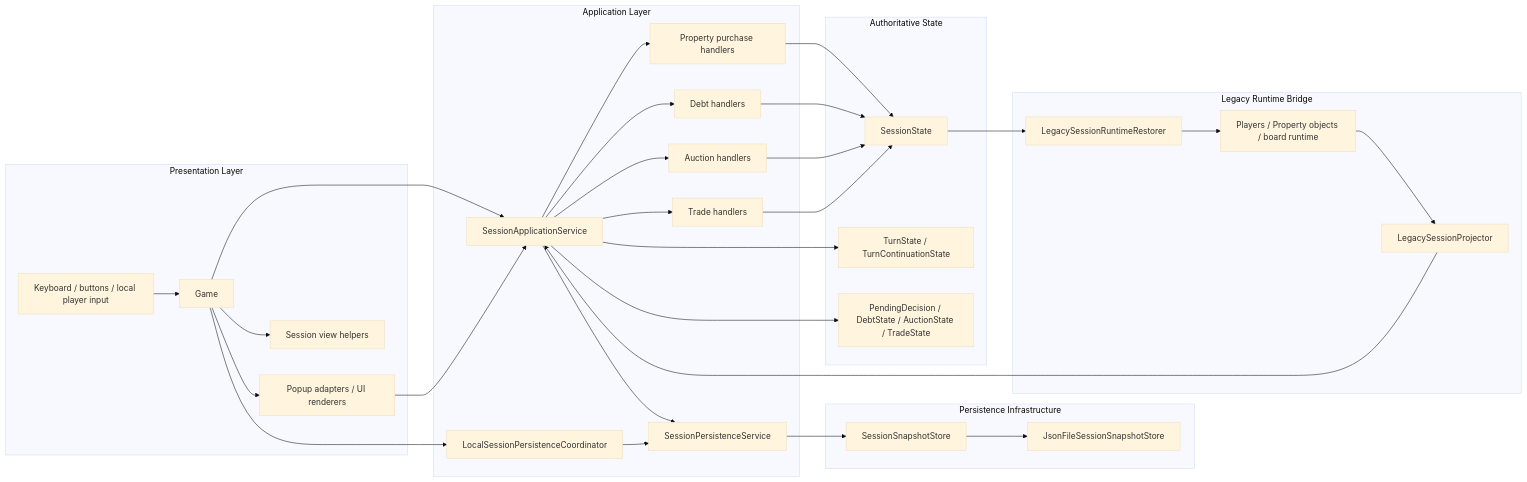
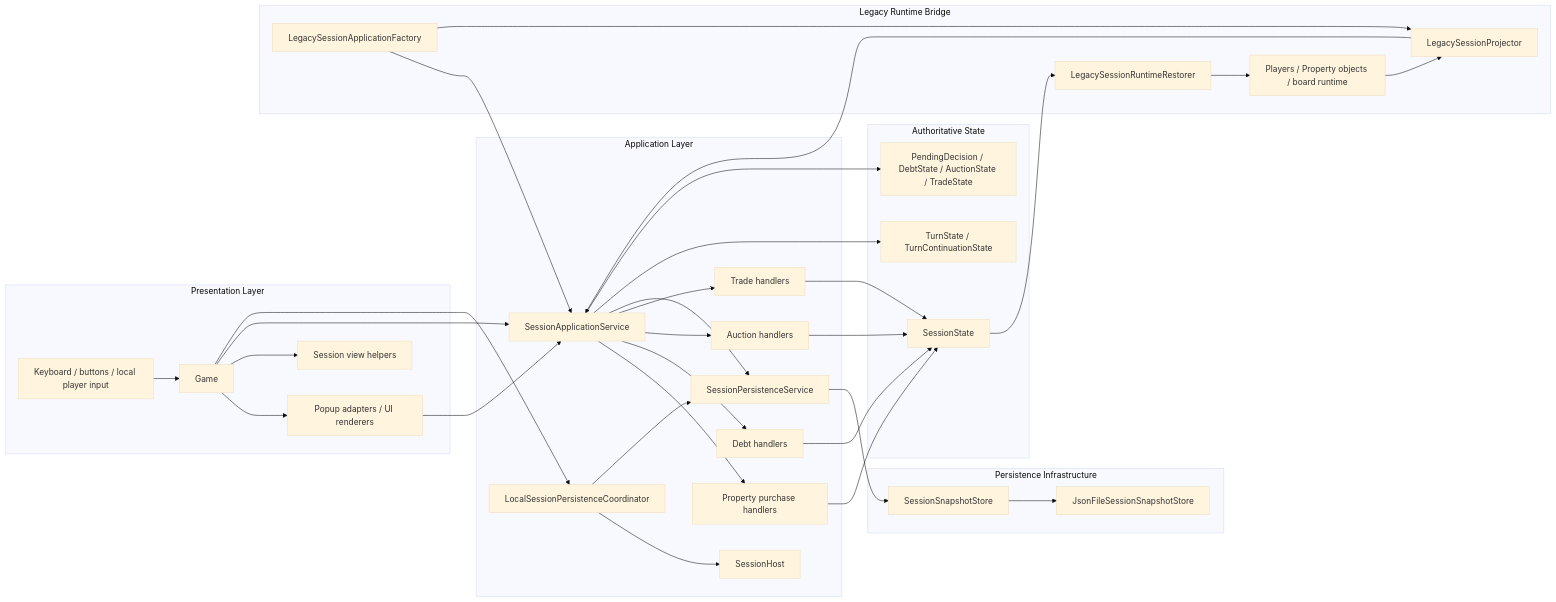
One commit to Jukkakot/MonopolyApp changed the second of 5 diagrams in docs/architecture-overview-diagrams.md. Above: the diagram before and after it, drawn with Mermaid (base theme). The commit also changed other lines of this file and 2 other files, not shown here.

Commit message:
Extract legacy session application factory

````diff
--- a/docs/architecture-overview-diagrams.md
+++ b/docs/architecture-overview-diagrams.md
@@ -45,61 +45,66 @@
 ```mermaid
 flowchart LR
     subgraph Presentation[Presentation Layer]
         GAME[Game]
         POPUPS[Popup adapters / UI renderers]
         VIEW[Session view helpers]
         LOCALINPUT[Keyboard / buttons / local player input]
     end
 
     subgraph Application[Application Layer]
         APP[SessionApplicationService]
+        HOST[SessionHost]
         PURCHASE[Property purchase handlers]
         DEBT[Debt handlers]
         AUCTION[Auction handlers]
         TRADE[Trade handlers]
         PERSIST[SessionPersistenceService]
         LOCALPERSIST[LocalSessionPersistenceCoordinator]
     end
 
     subgraph PersistenceInfra[Persistence Infrastructure]
         STORE[SessionSnapshotStore]
         JSON[JsonFileSessionSnapshotStore]
     end
 
     subgraph Domain[Authoritative State]
         SESSION[SessionState]
         TURN[TurnState / TurnContinuationState]
         SUBSYSTEMS[PendingDecision / DebtState / AuctionState / TradeState]
     end
 
     subgraph LegacyBridge[Legacy Runtime Bridge]
+        FACTORY[LegacySessionApplicationFactory]
         PROJECTOR[LegacySessionProjector]
         RESTORER[LegacySessionRuntimeRestorer]
         LEGACY[Players / Property objects / board runtime]
     end
 
     LOCALINPUT --> GAME
     GAME --> POPUPS
     GAME --> VIEW
     GAME --> APP
     GAME --> LOCALPERSIST
+    LOCALPERSIST --> HOST
     POPUPS --> APP
     APP --> PURCHASE
     APP --> DEBT
     APP --> AUCTION
     APP --> TRADE
     APP --> PERSIST
     LOCALPERSIST --> PERSIST
     PURCHASE --> SESSION
     DEBT --> SESSION
     AUCTION --> SESSION
     TRADE --> SESSION
     APP --> TURN
     APP --> SUBSYSTEMS
     PERSIST --> STORE
     STORE --> JSON
+    FACTORY --> APP
+    FACTORY --> PROJECTOR
     PROJECTOR --> APP
     RESTORER --> LEGACY
     LEGACY --> PROJECTOR
     SESSION --> RESTORER
 ```
````
